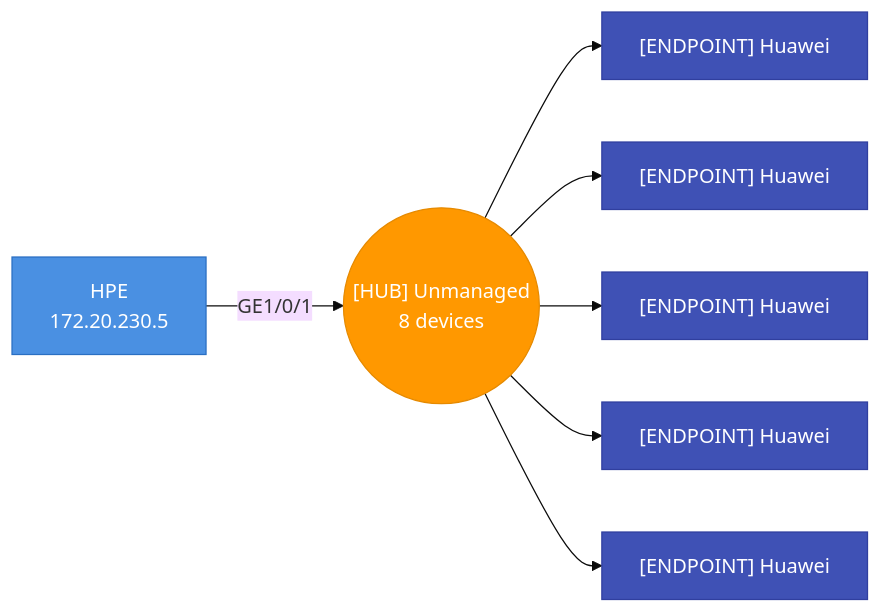
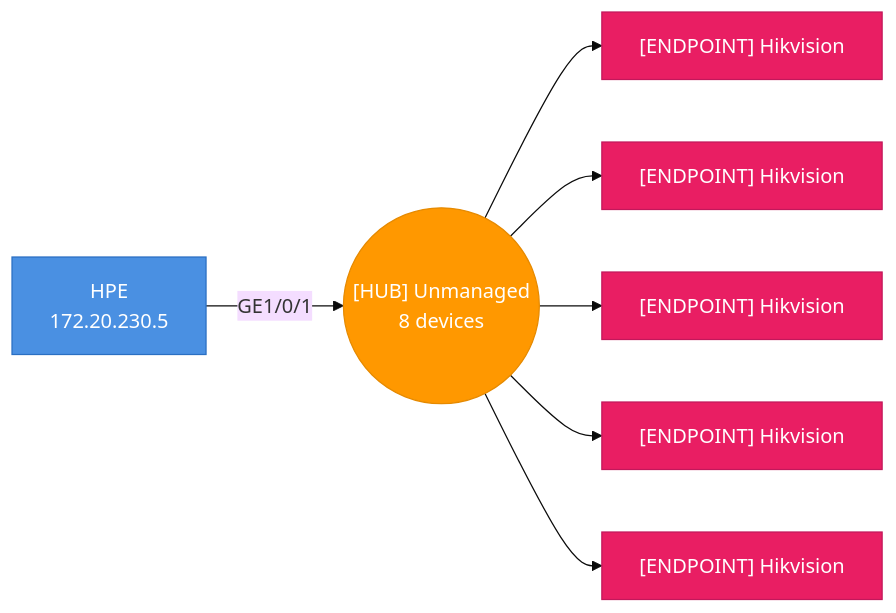
Before and after one commit to djamic/LLDP-Skanner-Go: diagram 15 of 38 in testdata/golden/audit_default.md, drawn with Mermaid (base theme). The commit also changed other lines of this file and 11 other files, not shown here.

````diff
--- a/testdata/golden/audit_default.md
+++ b/testdata/golden/audit_default.md
@@ -1658,23 +1598,23 @@
 ```mermaid
 graph LR
   hub_4caea3a218ec_p1(("[HUB] Unmanaged<br>8 devices"))
   4caea3a218ec["HPE<br>172.20.230.5"]
   4caea3a218ec-- "GE1/0/1" -->hub_4caea3a218ec_p1
   style 4caea3a218ec fill:#4A90E2,stroke:#2A6FC2,color:#fff
-  bc9b5e37bf45["[ENDPOINT] Huawei"]
+  bc9b5e37bf45["[ENDPOINT] Hikvision"]
   hub_4caea3a218ec_p1-->bc9b5e37bf45
-  style bc9b5e37bf45 fill:#3F51B5,stroke:#303F9F,color:#fff
-  bc9b5e37bf46["[ENDPOINT] Huawei"]
+  style bc9b5e37bf45 fill:#E91E63,stroke:#C2185B,color:#fff
+  bc9b5e37bf46["[ENDPOINT] Hikvision"]
   hub_4caea3a218ec_p1-->bc9b5e37bf46
-  style bc9b5e37bf46 fill:#3F51B5,stroke:#303F9F,color:#fff
-  bc9b5e37bf4c["[ENDPOINT] Huawei"]
+  style bc9b5e37bf46 fill:#E91E63,stroke:#C2185B,color:#fff
+  bc9b5e37bf4c["[ENDPOINT] Hikvision"]
   hub_4caea3a218ec_p1-->bc9b5e37bf4c
-  style bc9b5e37bf4c fill:#3F51B5,stroke:#303F9F,color:#fff
-  bc9b5e37bf4d["[ENDPOINT] Huawei"]
+  style bc9b5e37bf4c fill:#E91E63,stroke:#C2185B,color:#fff
+  bc9b5e37bf4d["[ENDPOINT] Hikvision"]
   hub_4caea3a218ec_p1-->bc9b5e37bf4d
-  style bc9b5e37bf4d fill:#3F51B5,stroke:#303F9F,color:#fff
-  bc9b5e37bf4e["[ENDPOINT] Huawei"]
+  style bc9b5e37bf4d fill:#E91E63,stroke:#C2185B,color:#fff
+  bc9b5e37bf4e["[ENDPOINT] Hikvision"]
   hub_4caea3a218ec_p1-->bc9b5e37bf4e
-  style bc9b5e37bf4e fill:#3F51B5,stroke:#303F9F,color:#fff
+  style bc9b5e37bf4e fill:#E91E63,stroke:#C2185B,color:#fff
   style hub_4caea3a218ec_p1 fill:#FF9800,stroke:#E68A00,color:#fff
 ```
````
